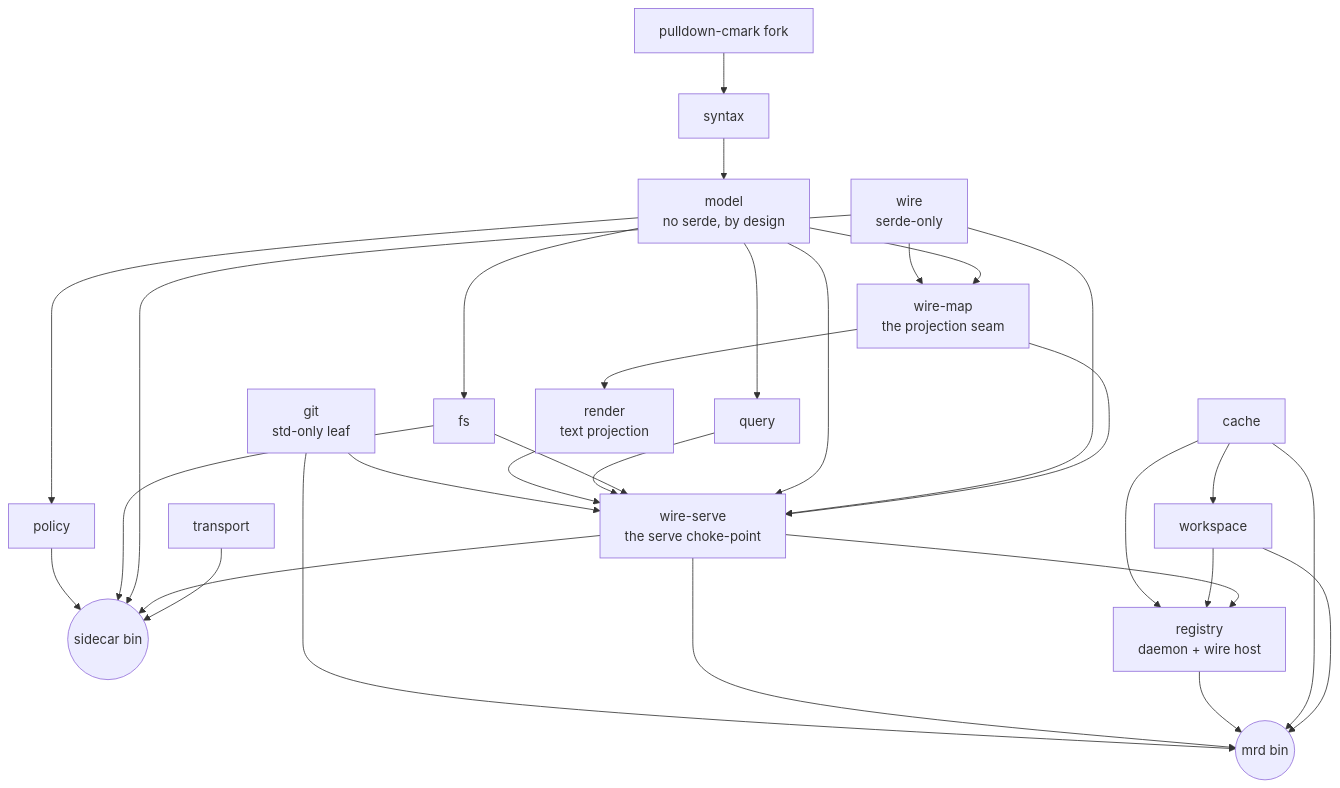
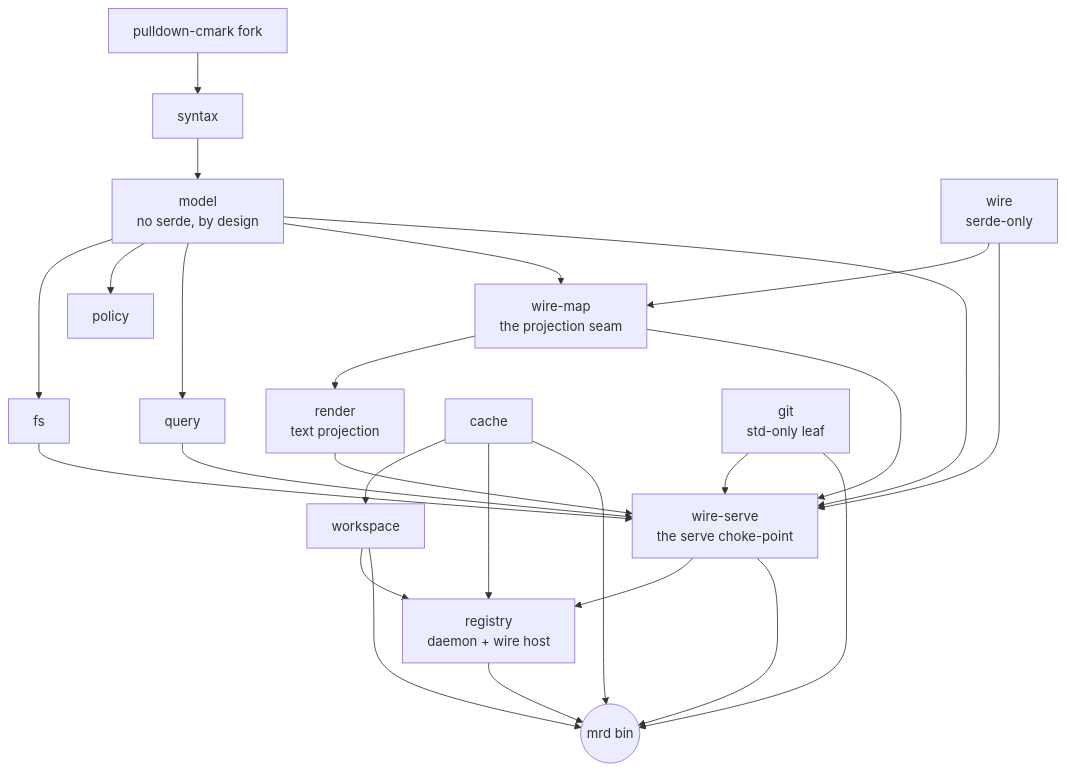
One commit to caoer/meridian-rs changed the diagram in README.md. Above: the diagram before and after it, drawn with Mermaid. The commit also changed other lines of this file and 73 other files, not shown here.

First line of the commit message:
engine: delete the sidecar host — ruled DROP (§3.3, 2026-08-06); the daemon socket is the one wire door

````diff
--- a/README.md
+++ b/README.md
@@ -58,32 +58,27 @@
 ```mermaid
 graph TD
     PD[pulldown-cmark fork] --> SYN[syntax]
     SYN --> MOD[model<br/>no serde, by design]
     MOD --> FS[fs]
     MOD --> POL[policy]
     MOD --> QRY[query]
     MOD --> WMAP[wire-map<br/>the projection seam]
     WIRE[wire<br/>serde-only] --> WMAP
     WMAP --> RND[render<br/>text projection]
     WMAP --> WSRV[wire-serve<br/>the serve choke-point]
     WIRE --> WSRV
     MOD --> WSRV
     FS --> WSRV
     QRY --> WSRV
     RND --> WSRV
-    TR[transport] --> SC((sidecar bin))
-    WSRV --> SC
-    WIRE --> SC
-    FS --> SC
-    POL --> SC
     WSRV --> REG[registry<br/>daemon + wire host]
     CACHE[cache] --> WS[workspace]
     WS --> REG
     CACHE --> REG
     WS --> MRD((mrd bin))
     CACHE --> MRD
     REG --> MRD
     WSRV --> MRD
     GIT[git<br/>std-only leaf] --> WSRV
     GIT --> MRD
 ```
````
